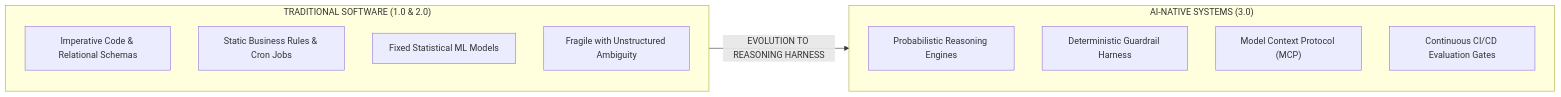
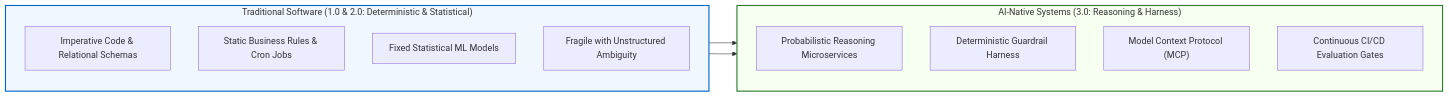
One commit to dip4k/senior-engineer-to-ai-engineer-roadmap changed the first of 4 diagrams in senior-transition-guide.md. Above: the diagram before and after it, drawn with Mermaid. The commit also changed other lines of this file and 3 other files, not shown here.

Commit message:
feat(curriculum): update root README, roadmap, transition guide, and Phase 02 with modern UI flowcharts and ELI10 blueprints

````diff
--- a/senior-transition-guide.md
+++ b/senior-transition-guide.md
@@ -8,20 +8,24 @@
 ```mermaid
 flowchart LR
-    subgraph NonAI["TRADITIONAL SOFTWARE (1.0 & 2.0)"]
+    subgraph NonAI["Traditional Software (1.0 & 2.0: Deterministic & Statistical)"]
         direction TB
         B1["Imperative Code & Relational Schemas"]
         B2["Static Business Rules & Cron Jobs"]
         B3["Fixed Statistical ML Models"]
         B4["Fragile with Unstructured Ambiguity"]
     end
     
-    NonAI -- "EVOLUTION TO REASONING HARNESS" --> AISolution
-    
-    subgraph AISolution["AI-NATIVE SYSTEMS (3.0)"]
+    subgraph AISolution["AI-Native Systems (3.0: Reasoning & Harness)"]
         direction TB
-        A1["Probabilistic Reasoning Engines"]
+        A1["Probabilistic Reasoning Microservices"]
         A2["Deterministic Guardrail Harness"]
         A3["Model Context Protocol (MCP)"]
         A4["Continuous CI/CD Evaluation Gates"]
     end
+
+    B2 --> A2
+    B4 --> A1
+
+    style NonAI fill:#f0f7ff,stroke:#0066cc,stroke-width:2px
+    style AISolution fill:#f6fff0,stroke:#2e7d32,stroke-width:2px
 ```
````
